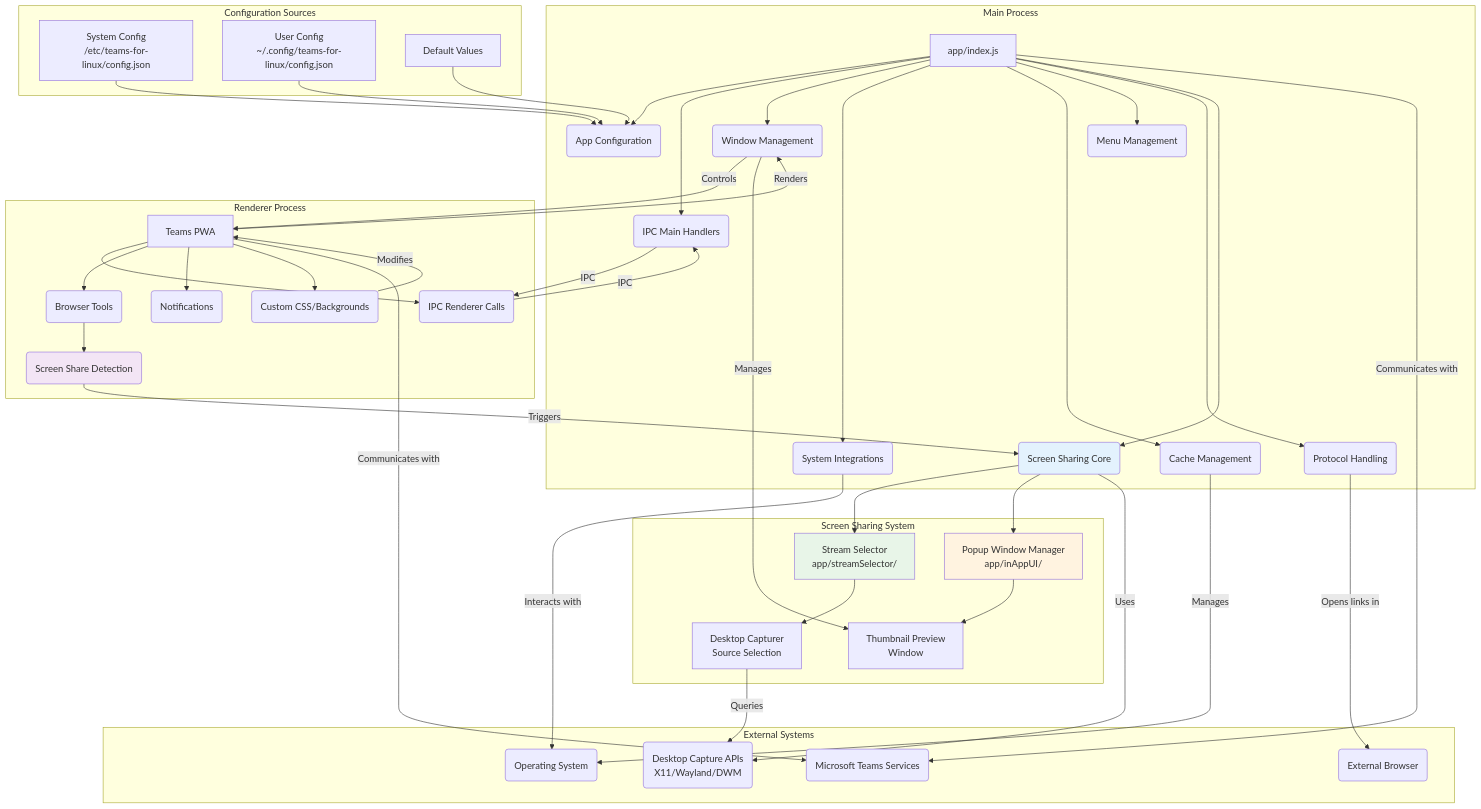
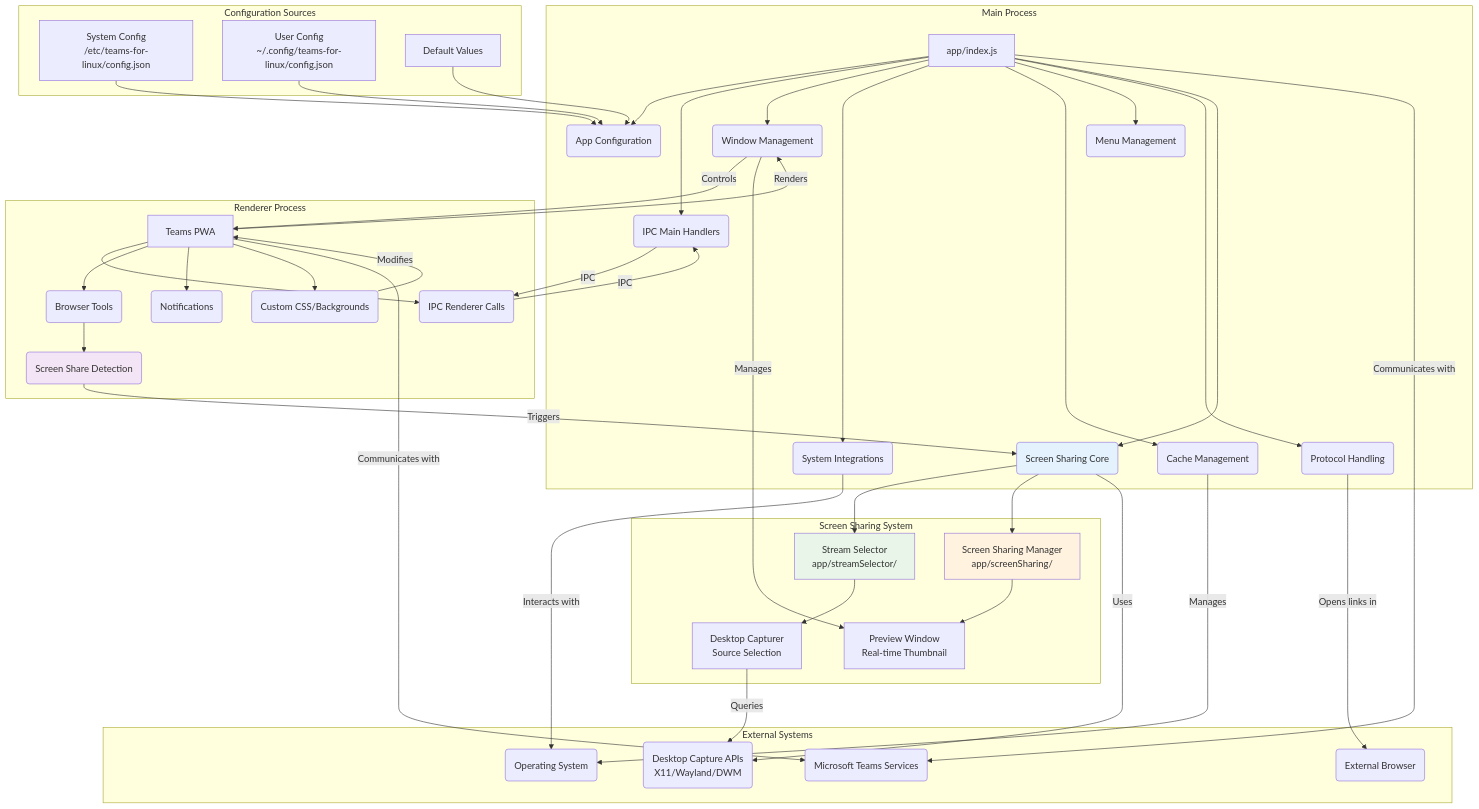
The diagram in docs/README.md (IsmaelMartinez/teams-for-linux), drawn with Mermaid before and after one commit. The commit also changed 18 other files, not shown here.

First line of the commit message:
refactor: complete screen sharing module with alwaysOnTop support

````diff
--- a/docs/README.md
+++ b/docs/README.md
@@ -24,70 +24,70 @@
 ```mermaid
 graph TD
     subgraph Main Process
         A[app/index.js] --> B(App Configuration)
         A --> C(IPC Main Handlers)
         A --> D(Window Management)
         A --> E(System Integrations)
         A --> F(Cache Management)
         A --> G(Menu Management)
         A --> H(Protocol Handling)
         A --> T(Screen Sharing Core)
     end
 
     subgraph Configuration Sources
         Q[System Config<br>/etc/teams-for-linux/config.json]
         R[User Config<br>~/.config/teams-for-linux/config.json]
         S[Default Values]
     end
 
     subgraph Renderer Process
         I[Teams PWA] --> J(IPC Renderer Calls)
         I --> K(Browser Tools)
         I --> L(Notifications)
         I --> M(Custom CSS/Backgrounds)
         K --> U(Screen Share Detection)
     end
     
     subgraph Screen Sharing System
         T --> V[Stream Selector<br>app/streamSelector/]
-        T --> W[Popup Window Manager<br>app/inAppUI/]
+        T --> W[Screen Sharing Manager<br>app/screenSharing/]
         V --> X[Desktop Capturer<br>Source Selection]
-        W --> Y[Thumbnail Preview<br>Window]
+        W --> Y[Preview Window<br>Real-time Thumbnail]
     end
 
     subgraph External Systems
         N(Operating System)
         O(Microsoft Teams Services)
         P(External Browser)
         Z(Desktop Capture APIs<br>X11/Wayland/DWM)
     end
 
     Q --> B
     R --> B
     S --> B
 
     C -- IPC --> J
     J -- IPC --> C
 
     D -- Controls --> I
     I -- Renders --> D
     D -- Manages --> Y
 
     E -- Interacts with --> N
     H -- Opens links in --> P
 
     I -- Communicates with --> O
     A -- Communicates with --> O
 
     F -- Manages --> N
     M -- Modifies --> I
     
     U -- Triggers --> T
     T -- Uses --> Z
     X -- Queries --> Z
     
     style T fill:#e3f2fd
     style V fill:#e8f5e8
     style W fill:#fff3e0
     style U fill:#f3e5f5
 ```
````
